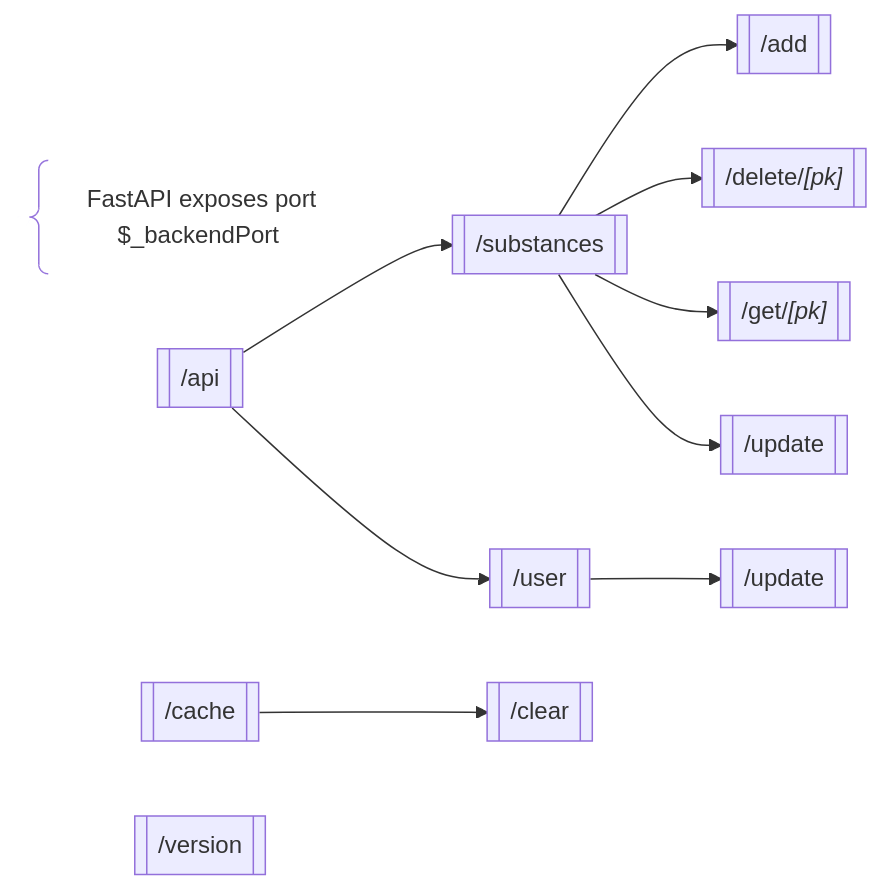
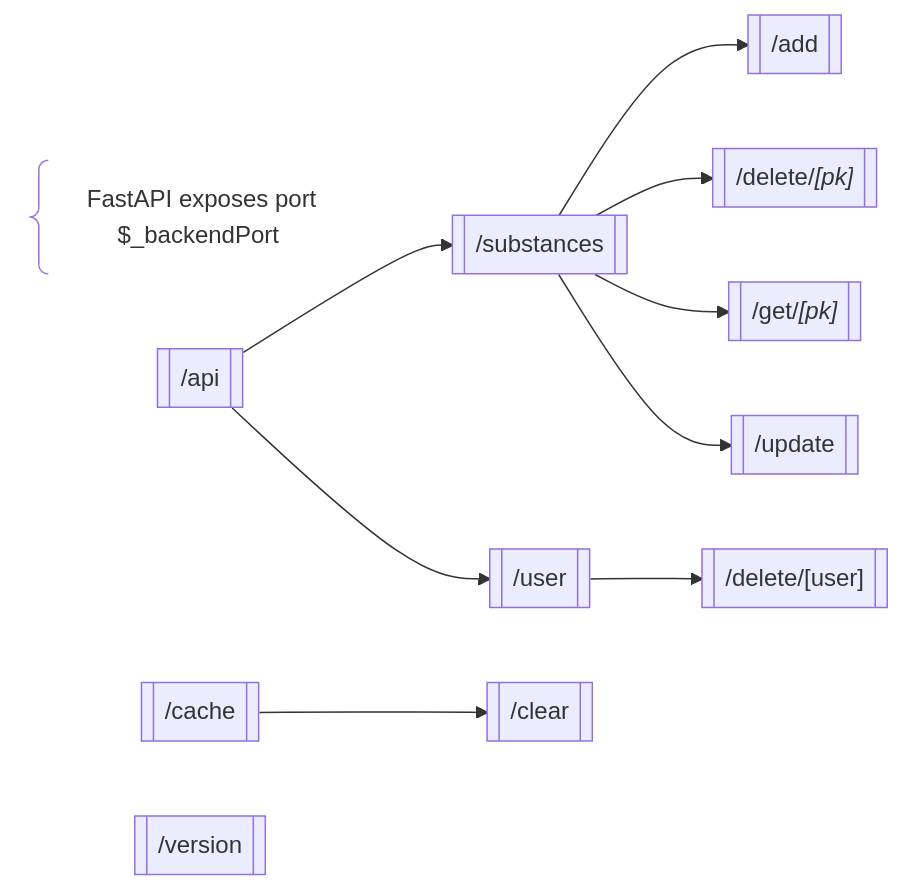
One commit to chump29/sober changed the diagram in docs/README-backend.template.md. Above: the diagram before and after it, drawn with Mermaid. The commit also changed other lines of this file and 63 other files, not shown here.

````diff
--- a/docs/README-backend.template.md
+++ b/docs/README-backend.template.md
@@ -26,23 +26,23 @@
 ```mermaid
 flowchart LR
 port@{shape: brace, label: "&nbsp; FastAPI exposes port $_backendPort"}
 api[["`/api`"]]
 get_substances[["`/substances`"]]
 add_substance[["`/add`"]]
 delete_substance[["`/delete/*[pk]*`"]]
 get_substance[["`/get/*[pk]*`"]]
 update_substance[["`/update`"]]
 get_user[["`/user`"]]
-update_user[["`/update`"]]
+delete_user[["`/delete/[user]`"]]
 get_cache_stats[["`/cache`"]]
 clear_cache_stats[["`/clear`"]]
 get_version[["`/version`"]]
 api-->get_substances
 get_substances-->add_substance
 get_substances-->delete_substance
 get_substances-->get_substance
 get_substances-->update_substance
 api-->get_user
-get_user-->update_user
+get_user-->delete_user
 get_cache_stats-->clear_cache_stats
 ```
````
